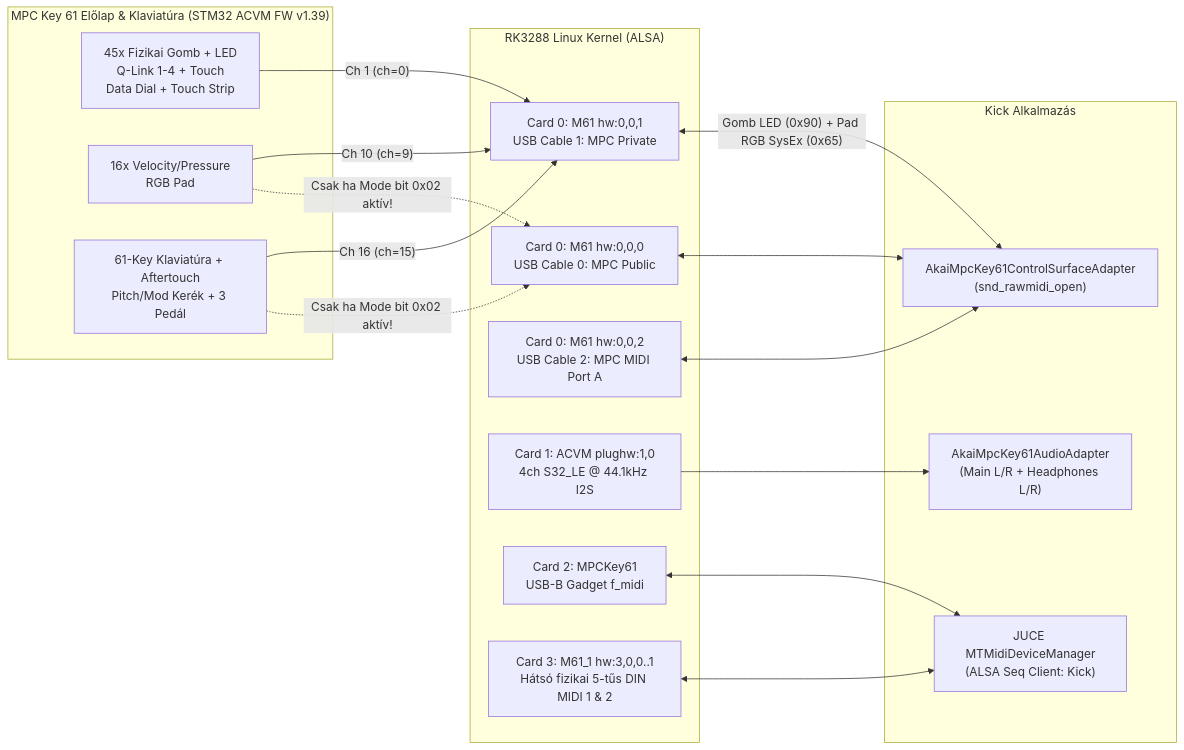
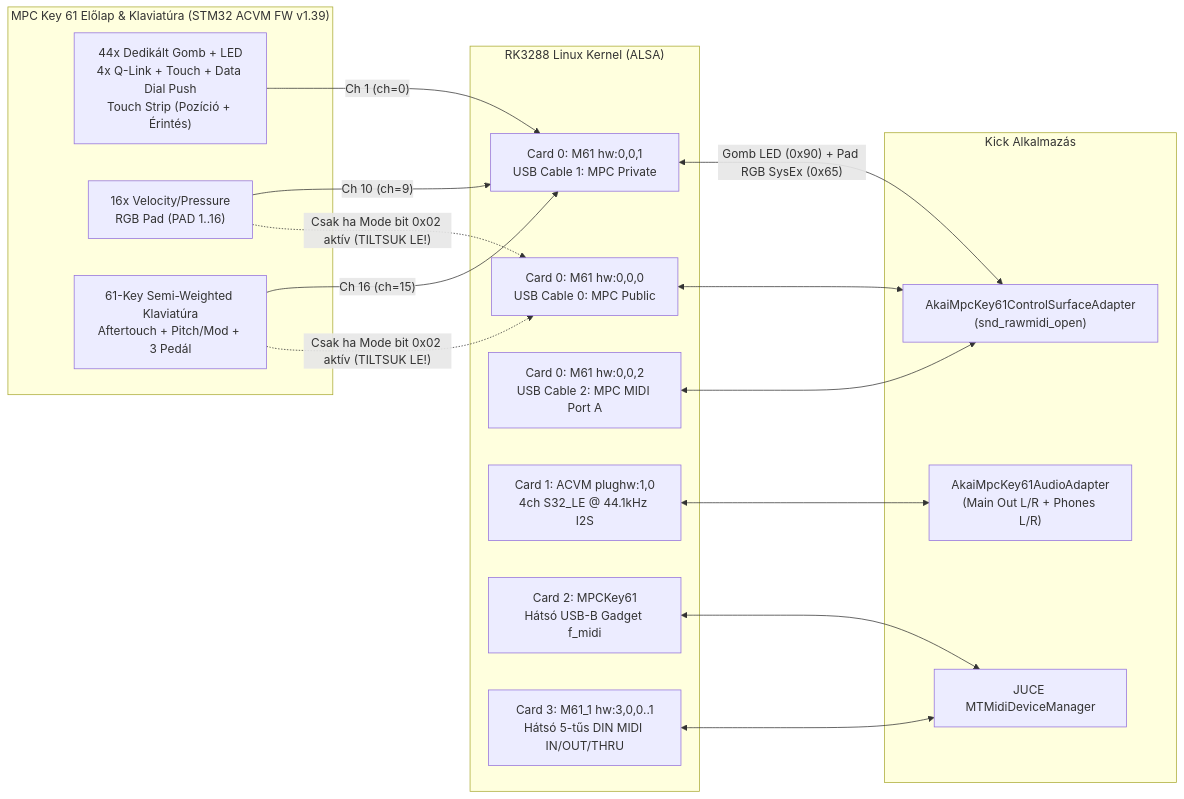
The first of 2 diagrams in docs/AKAI_MPC_KEY61_HARDWARE_REVIEW.md (Safian/0700-AAM), drawn with Mermaid before and after one commit. The commit also changed other lines of this file and 5 other files, not shown here.

````diff
--- a/docs/AKAI_MPC_KEY61_HARDWARE_REVIEW.md
+++ b/docs/AKAI_MPC_KEY61_HARDWARE_REVIEW.md
@@ -43,36 +98,36 @@
 ```mermaid
 flowchart LR
     subgraph Panel["MPC Key 61 Előlap & Klaviatúra (STM32 ACVM FW v1.39)"]
-        BTN["45x Fizikai Gomb + LED\nQ-Link 1-4 + Touch\nData Dial + Touch Strip"]
-        PADS["16x Velocity/Pressure\nRGB Pad"]
-        KEYS["61-Key Klaviatúra + Aftertouch\nPitch/Mod Kerék + 3 Pedál"]
+        BTN["44x Dedikált Gomb + LED\n4x Q-Link + Touch + Data Dial Push\nTouch Strip (Pozíció + Érintés)"]
+        PADS["16x Velocity/Pressure\nRGB Pad (PAD 1..16)"]
+        KEYS["61-Key Semi-Weighted Klaviatúra\nAftertouch + Pitch/Mod + 3 Pedál"]
     end
 
     subgraph Linux["RK3288 Linux Kernel (ALSA)"]
         C0P0["Card 0: M61 hw:0,0,0\nUSB Cable 0: MPC Public"]
         C0P1["Card 0: M61 hw:0,0,1\nUSB Cable 1: MPC Private"]
         C0P2["Card 0: M61 hw:0,0,2\nUSB Cable 2: MPC MIDI Port A"]
         C1["Card 1: ACVM plughw:1,0\n4ch S32_LE @ 44.1kHz I2S"]
-        C2["Card 2: MPCKey61\nUSB-B Gadget f_midi"]
-        C3["Card 3: M61_1 hw:3,0,0..1\nHátsó fizikai 5-tűs DIN MIDI 1 & 2"]
+        C2["Card 2: MPCKey61\nHátsó USB-B Gadget f_midi"]
+        C3["Card 3: M61_1 hw:3,0,0..1\nHátsó 5-tűs DIN MIDI IN/OUT/THRU"]
     end
 
     subgraph KickApp["Kick Alkalmazás"]
         ADAPTER["AkaiMpcKey61ControlSurfaceAdapter\n(snd_rawmidi_open)"]
-        AUDIO["AkaiMpcKey61AudioAdapter\n(Main L/R + Headphones L/R)"]
-        JUCEMIDI["JUCE MTMidiDeviceManager\n(ALSA Seq Client: Kick)"]
+        AUDIO["AkaiMpcKey61AudioAdapter\n(Main Out L/R + Phones L/R)"]
+        JUCEMIDI["JUCE MTMidiDeviceManager"]
     end
 
     BTN -->|"Ch 1 (ch=0)"| C0P1
     PADS -->|"Ch 10 (ch=9)"| C0P1
     KEYS -->|"Ch 16 (ch=15)"| C0P1
-    KEYS -.->|"Csak ha Mode bit 0x02 aktív!"| C0P0
-    PADS -.->|"Csak ha Mode bit 0x02 aktív!"| C0P0
+    KEYS -.->|"Csak ha Mode bit 0x02 aktív (TILTSUK LE!)"| C0P0
+    PADS -.->|"Csak ha Mode bit 0x02 aktív (TILTSUK LE!)"| C0P0
 
     C0P0 <--> ADAPTER
     C0P1 <-->|"Gomb LED (0x90) + Pad RGB SysEx (0x65)"| ADAPTER
     C0P2 <--> ADAPTER
-    C1 --> AUDIO
+    C1 <--> AUDIO
     C2 <--> JUCEMIDI
     C3 <--> JUCEMIDI
 ```
````
